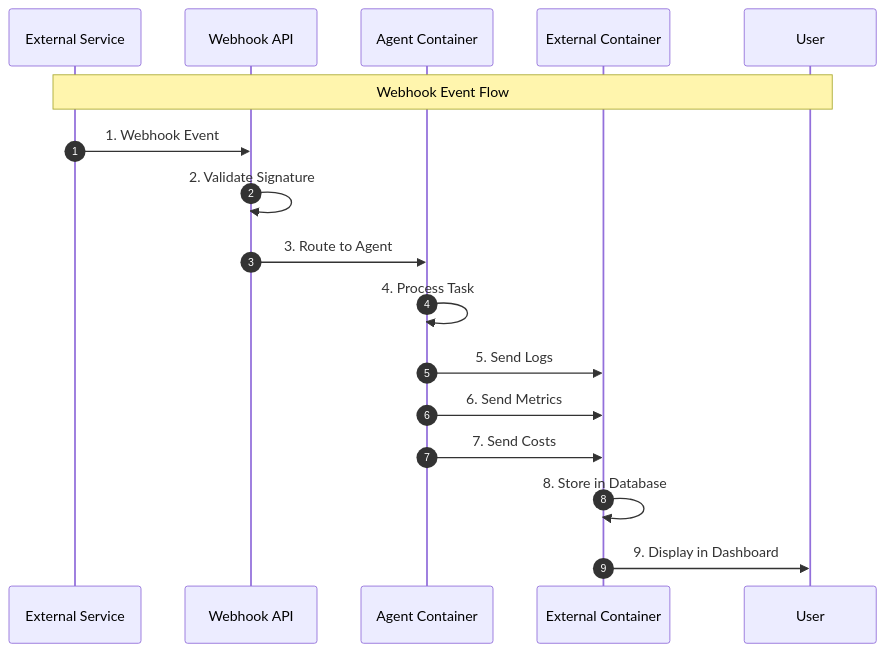
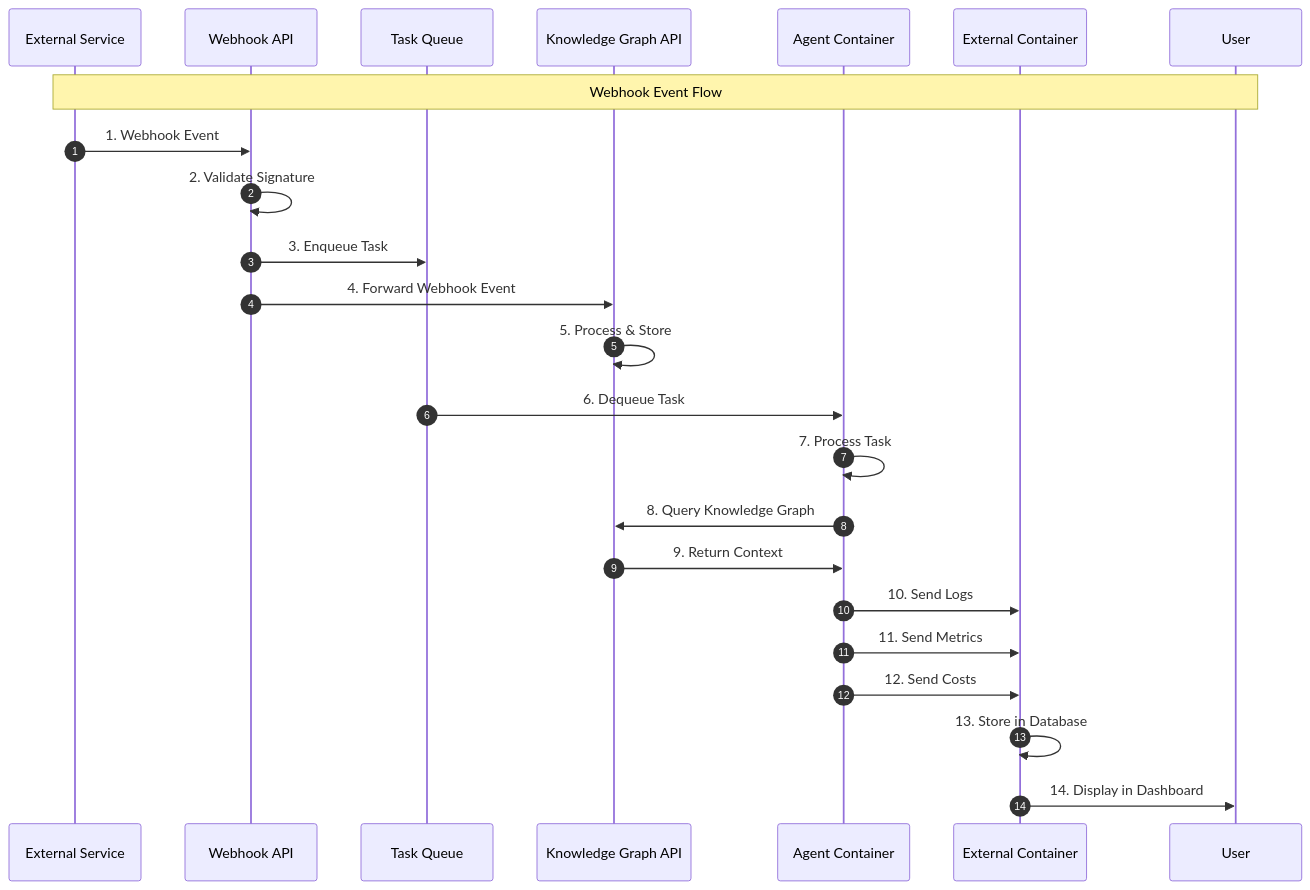
One commit to rom-orlovich/agents-system changed the sixth of 14 diagrams in claude-code-agent/docs/ARCHITECTURE_PROPOSED_MERMAID.md. Above: the diagram before and after it, drawn with Mermaid. The commit also changed other lines of this file and 3 other files, not shown here.

````diff
--- a/claude-code-agent/docs/ARCHITECTURE_PROPOSED_MERMAID.md
+++ b/claude-code-agent/docs/ARCHITECTURE_PROPOSED_MERMAID.md
@@ -239,20 +345,27 @@
 ```mermaid
 sequenceDiagram
     autonumber
     participant ExtService as External Service
     participant WebhookAPI as Webhook API
+    participant Queue as Task Queue
+    participant KGAPI as Knowledge Graph API
     participant Agent as Agent Container
     participant External as External Container
     participant User as User
 
     Note over ExtService,User: Webhook Event Flow
     ExtService->>WebhookAPI: 1. Webhook Event
     WebhookAPI->>WebhookAPI: 2. Validate Signature
-    WebhookAPI->>Agent: 3. Route to Agent
-    Agent->>Agent: 4. Process Task
-    Agent->>External: 5. Send Logs
-    Agent->>External: 6. Send Metrics
-    Agent->>External: 7. Send Costs
-    External->>External: 8. Store in Database
-    External->>User: 9. Display in Dashboard
+    WebhookAPI->>Queue: 3. Enqueue Task
+    WebhookAPI->>KGAPI: 4. Forward Webhook Event
+    KGAPI->>KGAPI: 5. Process & Store
+    Queue->>Agent: 6. Dequeue Task
+    Agent->>Agent: 7. Process Task
+    Agent->>KGAPI: 8. Query Knowledge Graph
+    KGAPI->>Agent: 9. Return Context
+    Agent->>External: 10. Send Logs
+    Agent->>External: 11. Send Metrics
+    Agent->>External: 12. Send Costs
+    External->>External: 13. Store in Database
+    External->>User: 14. Display in Dashboard
 ```
````
